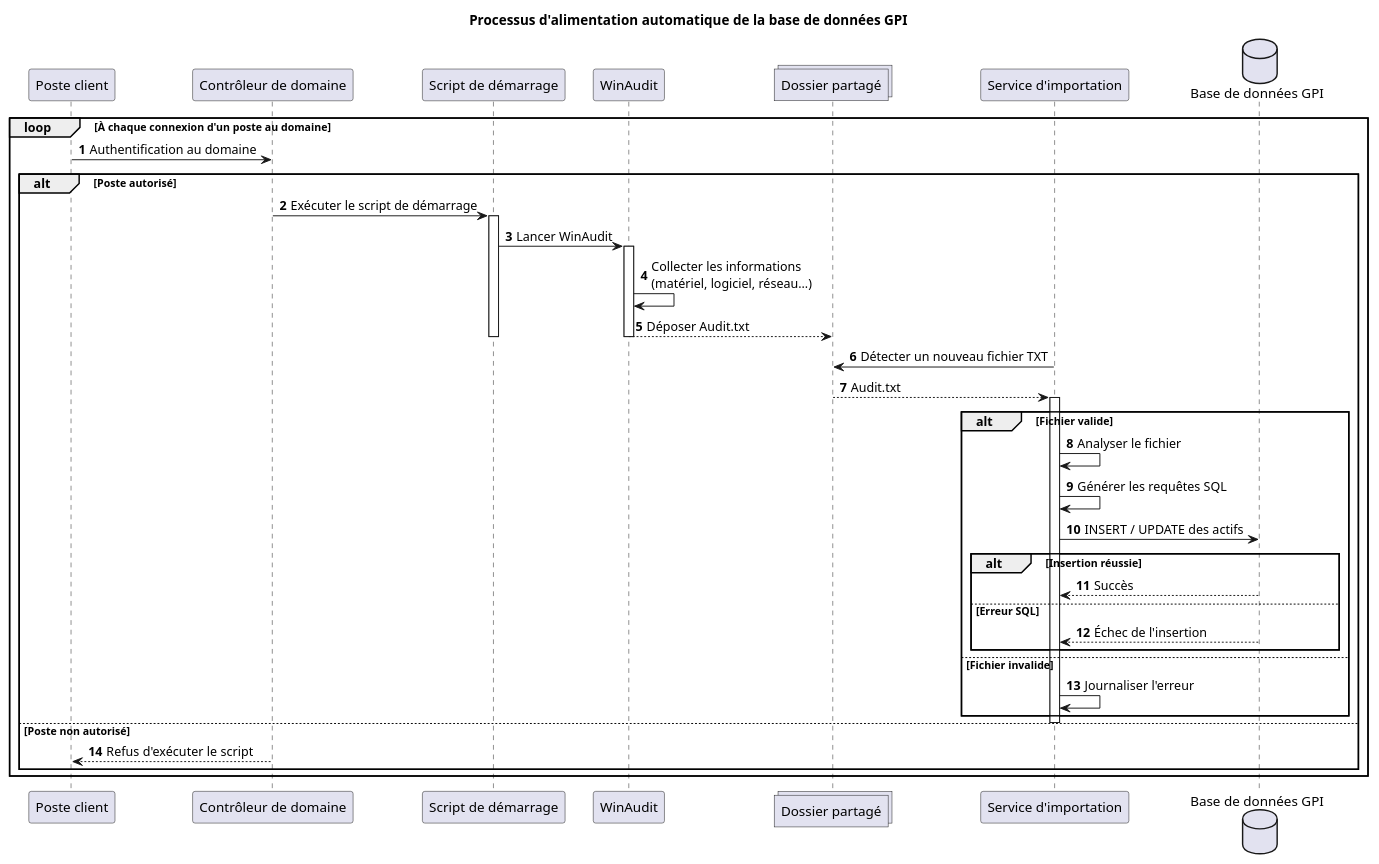
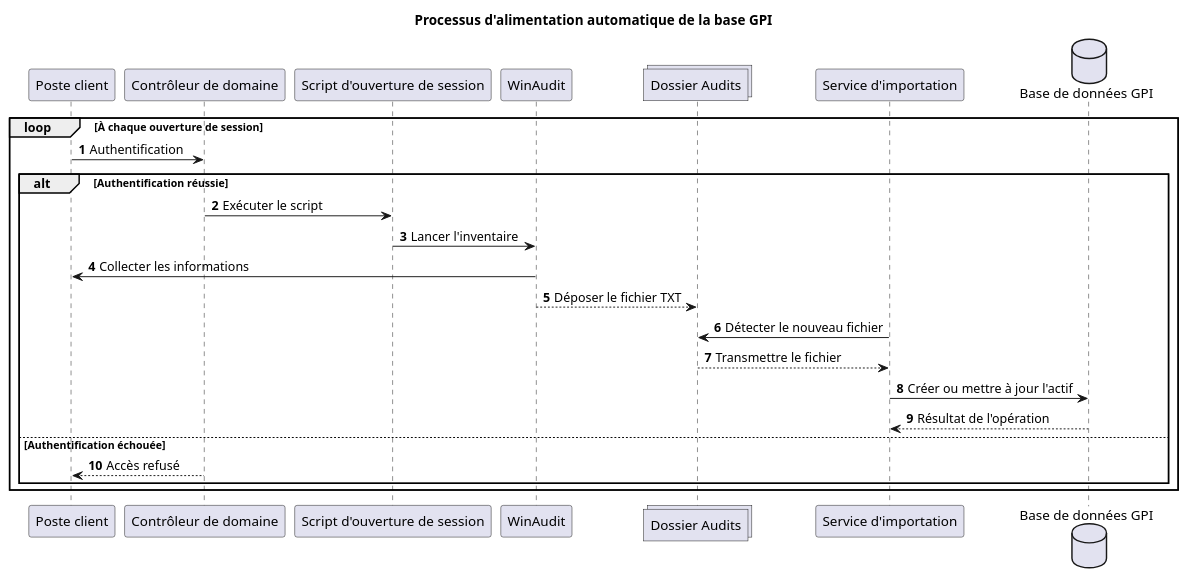
One commit to ratsimandresyy/GPI_Artec changed the diagram in Plans_de_conception_du_GPI/Sequence/sequence_proto_1.puml. Above: the diagram before and after it, drawn with PlantUML. The commit also changed 9 other files, not shown here.

```diff
--- a/Plans_de_conception_du_GPI/Sequence/sequence_proto_1.puml
+++ b/Plans_de_conception_du_GPI/Sequence/sequence_proto_1.puml
@@ -1,72 +1,42 @@
 @startuml Sequence_GPI
 
-title Processus d'alimentation automatique de la base de données GPI
+title Processus d'alimentation automatique de la base GPI
 
 autonumber
 
 participant "Poste client" as PC
 participant "Contrôleur de domaine" as DC
-participant "Script de démarrage" as Script
+participant "Script d'ouverture de session" as Script
 participant "WinAudit" as WA
-collections "Dossier partagé" as Share
+collections "Dossier Audits" as Share
 participant "Service d'importation" as Import
 database "Base de données GPI" as DB
 
-loop À chaque connexion d'un poste au domaine
+loop À chaque ouverture de session
 
-    PC -> DC : Authentification au domaine
+    PC -> DC : Authentification
 
-    alt Poste autorisé
+    alt Authentification réussie
 
-        DC -> Script : Exécuter le script de démarrage
-        activate Script
+        DC -> Script : Exécuter le script
+        Script -> WA : Lancer l'inventaire
 
-        Script -> WA : Lancer WinAudit
-        activate WA
+        WA -> PC : Collecter les informations
+        WA --> Share : Déposer le fichier TXT
 
-        WA -> WA : Collecter les informations\n(matériel, logiciel, réseau...)
+        Import -> Share : Détecter le nouveau fichier
+        Share --> Import : Transmettre le fichier
 
-        WA --> Share : Déposer Audit.txt
+        Import -> DB : Créer ou mettre à jour l'actif
 
-        deactivate WA
-        deactivate Script
+        DB --> Import : Résultat de l'opération
 
-        Import -> Share : Détecter un nouveau fichier TXT
-        Share --> Import : Audit.txt
+    else Authentification échouée
 
-        activate Import
-
-        alt Fichier valide
-
-            Import -> Import : Analyser le fichier
-            Import -> Import : Générer les requêtes SQL
-
-            Import -> DB : INSERT / UPDATE des actifs
-
-            alt Insertion réussie
-
-                DB --> Import : Succès
-
-            else Erreur SQL
-
-                DB --> Import : Échec de l'insertion
-
-            end
-
-        else Fichier invalide
-
-            Import -> Import : Journaliser l'erreur
-
-        end
-
-        deactivate Import
-
-    else Poste non autorisé
-
-        DC --> PC : Refus d'exécuter le script
+        DC --> PC : Accès refusé
 
     end
 
 end
 
 @enduml
```
